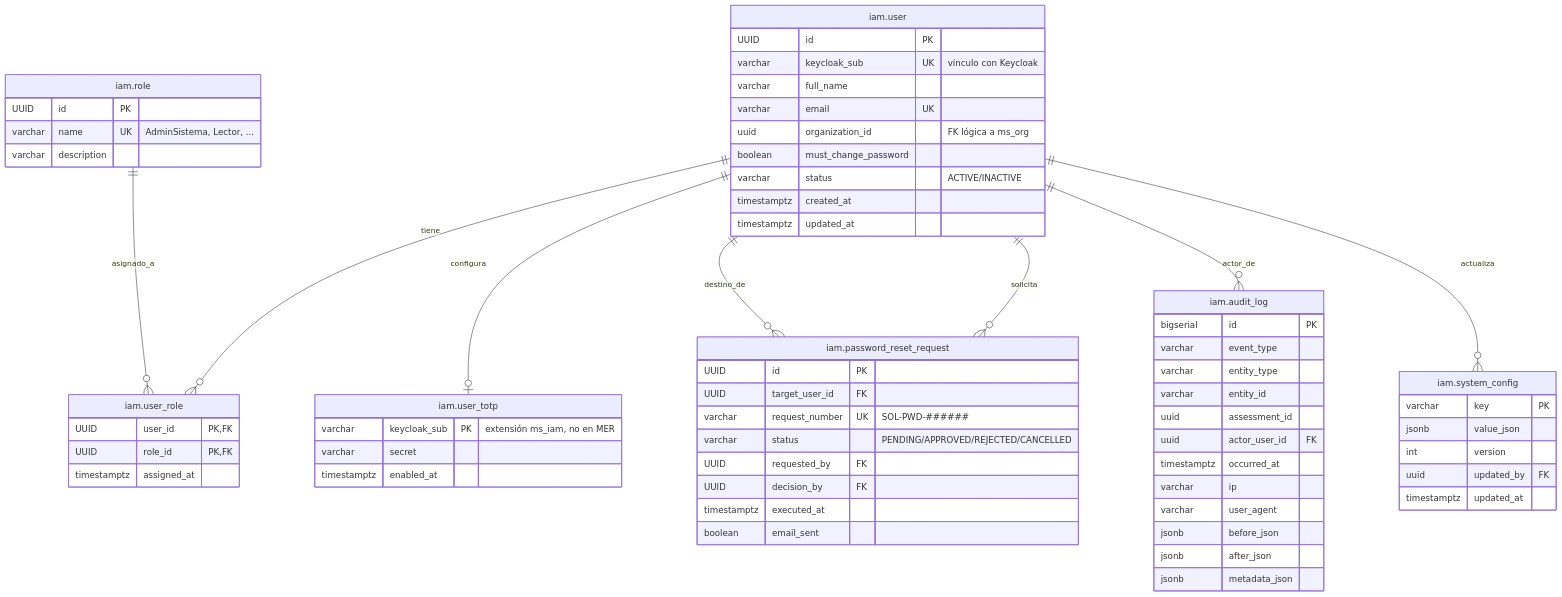
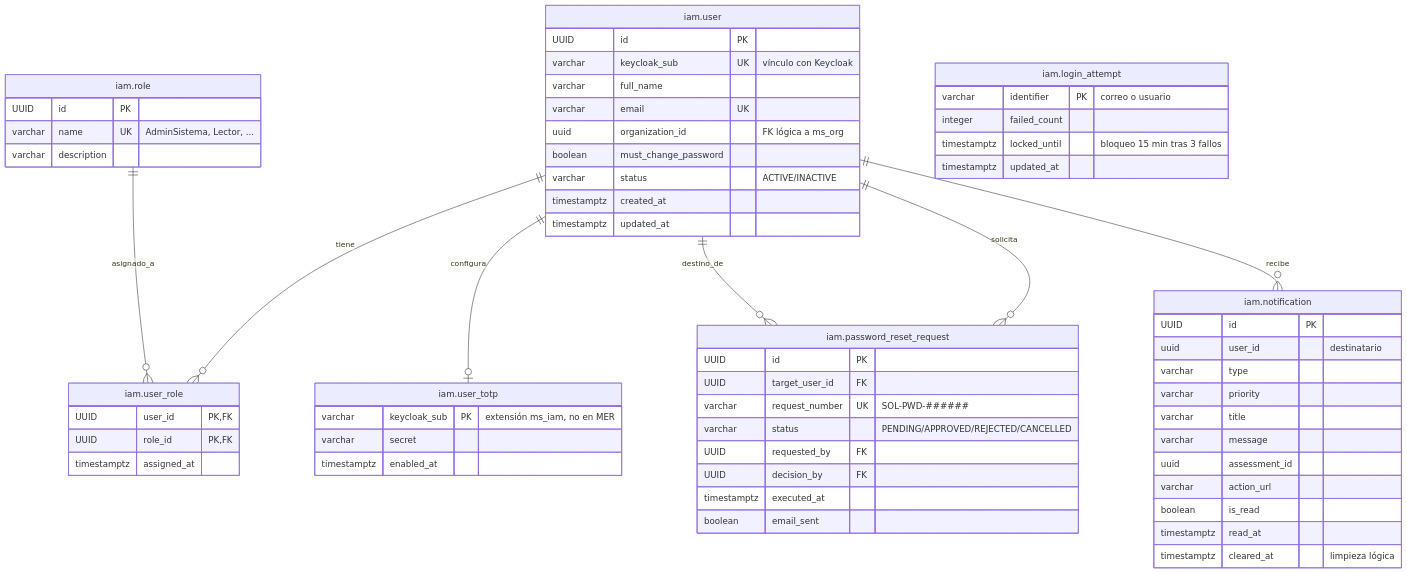
The second of 7 diagrams in Documentacion-Backend/ms_iam/03-Diseno.md (jdtovar07/MSPI_NVA_CO_DOCS), drawn with Mermaid before and after one commit. The commit also changed other lines of this file and 5 other files, not shown here.

Commit message:
docs(iam): align SDLC docs with audit/admin extraction, notifications and SOL-PWD flow

````diff
--- a/Documentacion-Backend/ms_iam/03-Diseno.md
+++ b/Documentacion-Backend/ms_iam/03-Diseno.md
@@ -187,68 +188,65 @@
 ```mermaid
 erDiagram
     "iam.user" ||--o{ "iam.user_role" : tiene
     "iam.role" ||--o{ "iam.user_role" : asignado_a
     "iam.user" ||--o| "iam.user_totp" : configura
     "iam.user" ||--o{ "iam.password_reset_request" : destino_de
     "iam.user" ||--o{ "iam.password_reset_request" : solicita
-    "iam.user" ||--o{ "iam.audit_log" : actor_de
-    "iam.user" ||--o{ "iam.system_config" : actualiza
+    "iam.user" ||--o{ "iam.notification" : recibe
 
     "iam.user" {
         UUID id PK
         varchar keycloak_sub UK "vínculo con Keycloak"
         varchar full_name
         varchar email UK
         uuid organization_id "FK lógica a ms_org"
         boolean must_change_password
         varchar status "ACTIVE/INACTIVE"
         timestamptz created_at
         timestamptz updated_at
     }
     "iam.role" {
         UUID id PK
         varchar name UK "AdminSistema, Lector, ..."
         varchar description
     }
     "iam.user_role" {
         UUID user_id PK,FK
         UUID role_id PK,FK
         timestamptz assigned_at
     }
     "iam.user_totp" {
         varchar keycloak_sub PK "extensión ms_iam, no en MER"
         varchar secret
         timestamptz enabled_at
     }
     "iam.password_reset_request" {
         UUID id PK
         UUID target_user_id FK
         varchar request_number UK "SOL-PWD-######"
         varchar status "PENDING/APPROVED/REJECTED/CANCELLED"
         UUID requested_by FK
         UUID decision_by FK
         timestamptz executed_at
         boolean email_sent
     }
-    "iam.audit_log" {
-        bigserial id PK
-        varchar event_type
-        varchar entity_type
-        varchar entity_id
+    "iam.notification" {
+        UUID id PK
+        uuid user_id "destinatario"
+        varchar type
+        varchar priority
+        varchar title
+        varchar message
         uuid assessment_id
-        uuid actor_user_id FK
-        timestamptz occurred_at
-        varchar ip
-        varchar user_agent
-        jsonb before_json
-        jsonb after_json
-        jsonb metadata_json
+        varchar action_url
+        boolean is_read
+        timestamptz read_at
+        timestamptz cleared_at "limpieza lógica"
     }
-    "iam.system_config" {
-        varchar key PK
-        jsonb value_json
-        int version
-        uuid updated_by FK
+    "iam.login_attempt" {
+        varchar identifier PK "correo o usuario"
+        integer failed_count
+        timestamptz locked_until "bloqueo 15 min tras 3 fallos"
         timestamptz updated_at
     }
 ```
````
